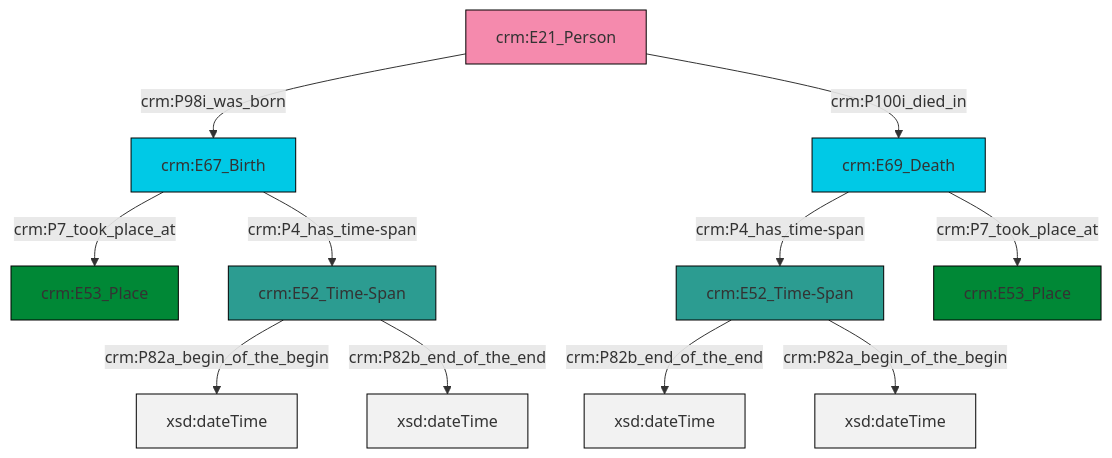
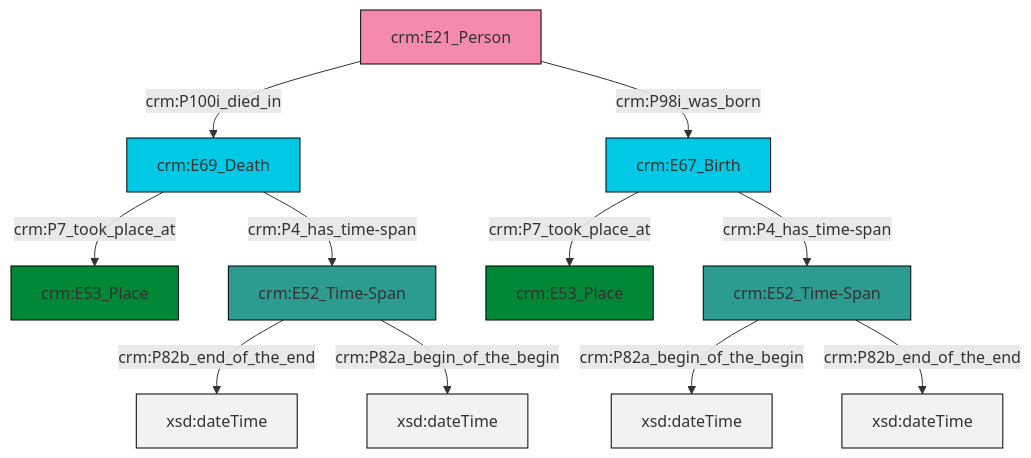
The diagram in et/personCSV/ttl/mmd/Person_Existence.ttl.mmd (swiss-art-research-net/reference-data-models), drawn with Mermaid before and after one commit. The commit also changed 126 other files, not shown here.

```diff
--- a/et/personCSV/ttl/mmd/Person_Existence.ttl.mmd
+++ b/et/personCSV/ttl/mmd/Person_Existence.ttl.mmd
@@ -1,25 +1,25 @@
 graph TD
 classDef Literal fill:#f2f2f2,stroke:#000000;
 classDef CRM_Entity fill:#FFFFFF,stroke:#000000;
 classDef Temporal_Entity fill:#00C9E6, stroke:#000000;
 classDef Type fill:#E18312, stroke:#000000;
 classDef Time-Span fill:#2C9C91, stroke:#000000;
 classDef Appellation fill:#FFEB7F, stroke:#000000;
 classDef Place fill:#008836, stroke:#000000;
 classDef Persistent_Item fill:#B266B2, stroke:#000000;
 classDef Conceptual_Object fill:#FFD700, stroke:#000000;
 classDef Physical_Thing fill:#D2B48C, stroke:#000000;
 classDef Actor fill:#f58aad, stroke:#000000;
 classDef PC_Classes fill:#4ce600, stroke:#000000;
 classDef Multi fill:#cccccc,stroke:#000000;
 
-0["crm:E21_Person"]:::Actor -->|crm:P98i_was_born| 1["crm:E67_Birth"]:::Temporal_Entity
-2["crm:E52_Time-Span"]:::Time-Span -->|crm:P82a_begin_of_the_begin| 3[xsd:dateTime]:::Literal
-4["crm:E69_Death"]:::Temporal_Entity -->|crm:P4_has_time-span| 6["crm:E52_Time-Span"]:::Time-Span
-1["crm:E67_Birth"]:::Temporal_Entity -->|crm:P7_took_place_at| 7["crm:E53_Place"]:::Place
-2["crm:E52_Time-Span"]:::Time-Span -->|crm:P82b_end_of_the_end| 8[xsd:dateTime]:::Literal
-4["crm:E69_Death"]:::Temporal_Entity -->|crm:P7_took_place_at| 10["crm:E53_Place"]:::Place
-1["crm:E67_Birth"]:::Temporal_Entity -->|crm:P4_has_time-span| 2["crm:E52_Time-Span"]:::Time-Span
-6["crm:E52_Time-Span"]:::Time-Span -->|crm:P82b_end_of_the_end| 14[xsd:dateTime]:::Literal
-0["crm:E21_Person"]:::Actor -->|crm:P100i_died_in| 4["crm:E69_Death"]:::Temporal_Entity
-6["crm:E52_Time-Span"]:::Time-Span -->|crm:P82a_begin_of_the_begin| 17[xsd:dateTime]:::Literal
+2["crm:E69_Death"]:::Temporal_Entity -->|crm:P7_took_place_at| 0["crm:E53_Place"]:::Place
+3["crm:E21_Person"]:::Actor -->|crm:P100i_died_in| 2["crm:E69_Death"]:::Temporal_Entity
+6["crm:E67_Birth"]:::Temporal_Entity -->|crm:P7_took_place_at| 7["crm:E53_Place"]:::Place
+2["crm:E69_Death"]:::Temporal_Entity -->|crm:P4_has_time-span| 8["crm:E52_Time-Span"]:::Time-Span
+3["crm:E21_Person"]:::Actor -->|crm:P98i_was_born| 6["crm:E67_Birth"]:::Temporal_Entity
+4["crm:E52_Time-Span"]:::Time-Span -->|crm:P82a_begin_of_the_begin| 11[xsd:dateTime]:::Literal
+8["crm:E52_Time-Span"]:::Time-Span -->|crm:P82b_end_of_the_end| 13[xsd:dateTime]:::Literal
+6["crm:E67_Birth"]:::Temporal_Entity -->|crm:P4_has_time-span| 4["crm:E52_Time-Span"]:::Time-Span
+8["crm:E52_Time-Span"]:::Time-Span -->|crm:P82a_begin_of_the_begin| 15[xsd:dateTime]:::Literal
+4["crm:E52_Time-Span"]:::Time-Span -->|crm:P82b_end_of_the_end| 16[xsd:dateTime]:::Literal
```
